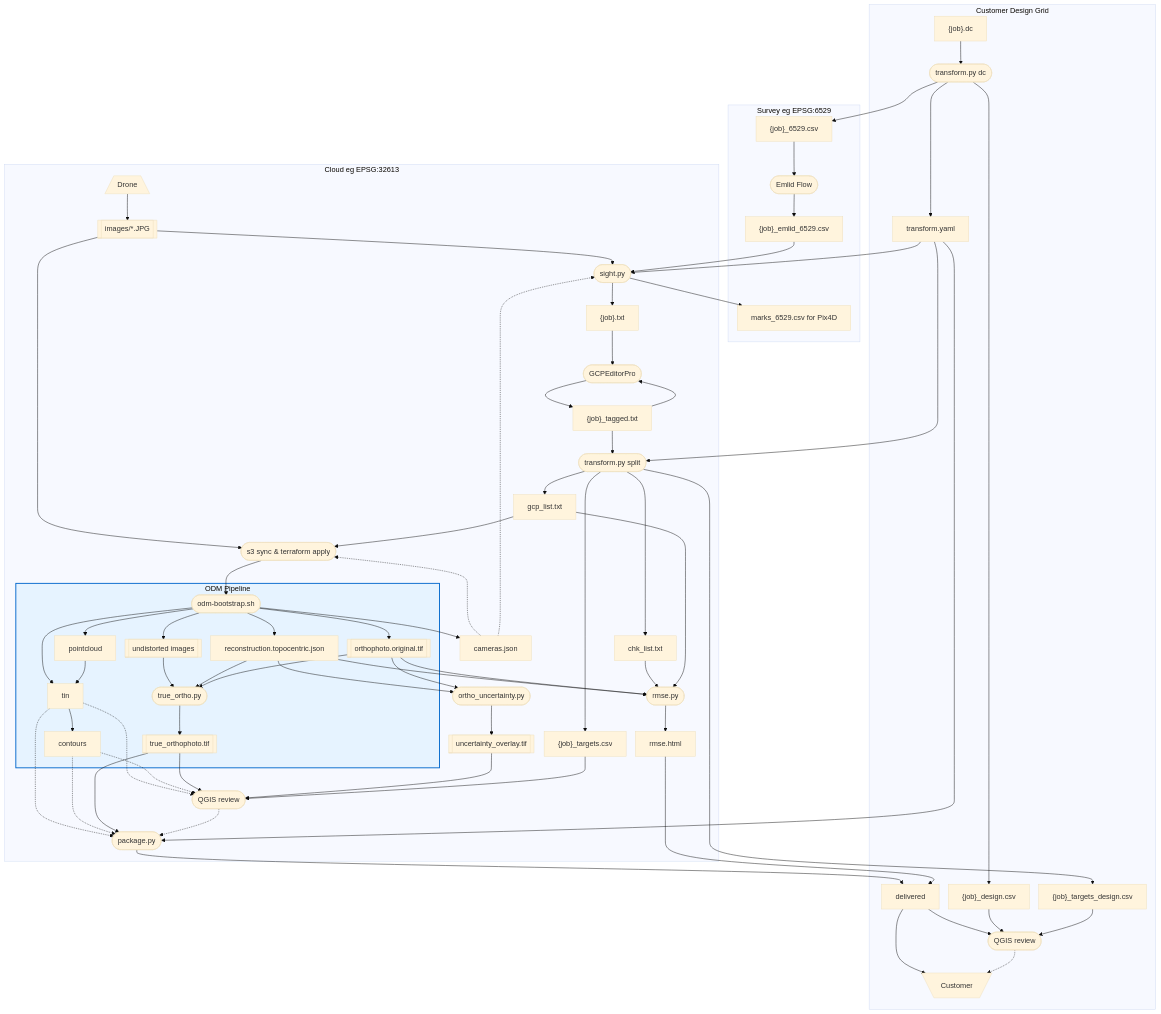
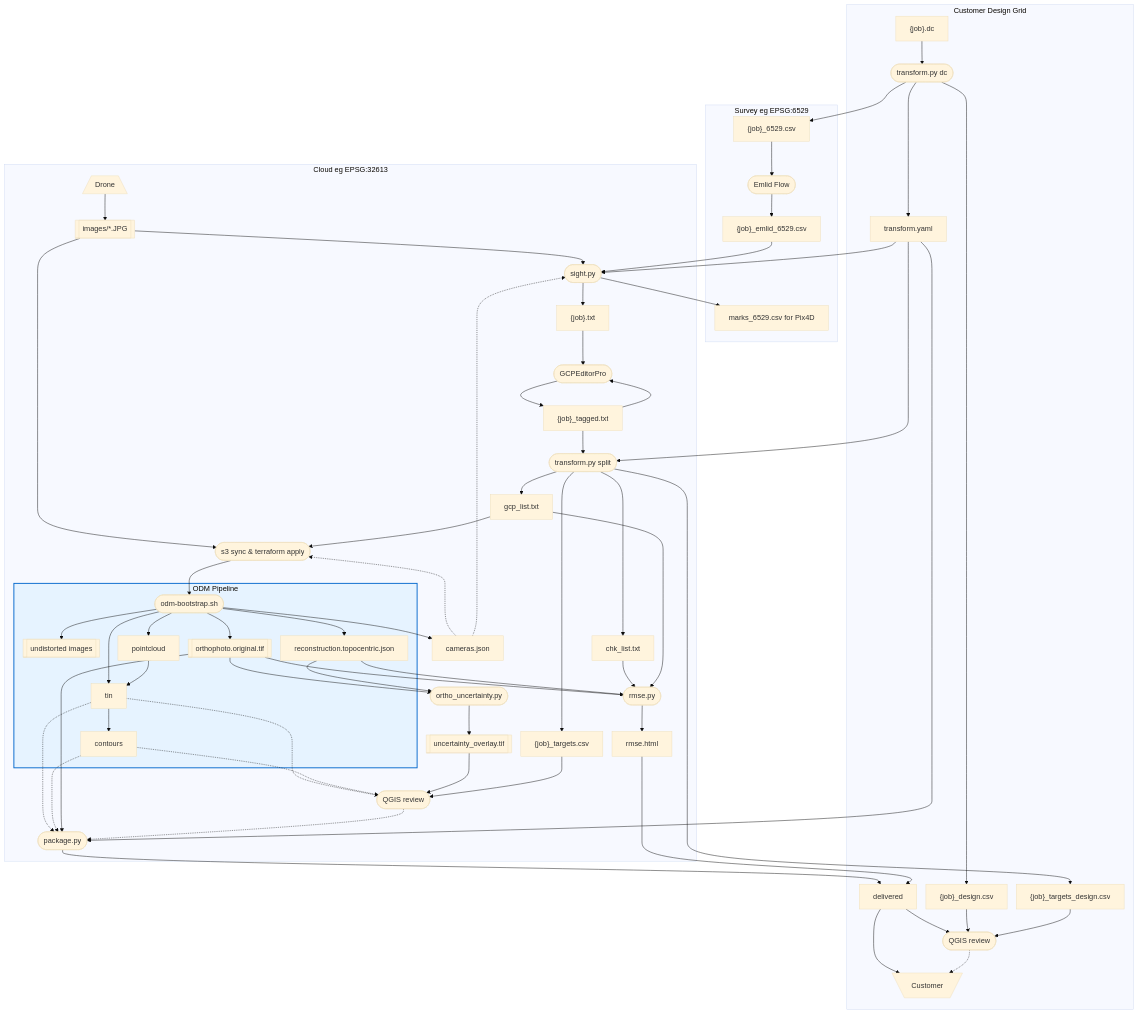
One commit to jrstear/geo changed the diagram in docs/odm-workflow.md. Above: the diagram before and after it, drawn with Mermaid.

Commit message:
prune true orthophoto elements from workflow

```diff
--- a/docs/odm-workflow.md
+++ b/docs/odm-workflow.md
@@ -30,7 +30,6 @@
     launch_odm(["s3 sync & terraform apply"])
     odm(["odm-bootstrap.sh"])
     rmse(["rmse.py"])
-    true_ortho(["true_ortho.py"])
     uncertainty(["ortho_uncertainty.py"])
     drone[/"Drone"\]
     images[["images/*.JPG"]]
@@ -39,7 +38,6 @@
     tin
     contours
     orthophoto[["orthophoto.original.tif"]]
-    true_ortho_tif[["true_orthophoto.tif"]]
     uncertainty_tif[["uncertainty_overlay.tif"]]
     packager(["package.py"])
     report["rmse.html"]
@@ -86,8 +84,6 @@
             contours
             model
 	    undistorted
-            true_ortho
-            true_ortho_tif
 	end
 	style ODM fill:#e6f3ff,stroke:#0066cc,stroke-width:2px
         cameras
@@ -108,7 +104,6 @@
     points_6529 --> emlid
     drone --> images
     images --> sight
-    undistorted --> true_ortho
     emlid --> all --> sight
     sight --> pretag
     sight --> marks
@@ -131,23 +126,19 @@
     odm --> pointcloud
     odm --> tin
     odm --> cameras
-    model --> uncertainty
-    model --> rmse
-    model --> true_ortho
     rmse --> report
     tin -.-> qgis_cloud
     tin -.-> packager
     contours -.-> qgis_cloud
     contours -.-> packager
-    true_ortho_tif --> qgis_cloud
     orthophoto --> rmse
     chk_list --> rmse
     gcp_list --> rmse
-    true_ortho_tif --> packager
+    orthophoto --> packager
     qgis_cloud -.-> packager
     orthophoto --> uncertainty
-    orthophoto --> true_ortho
-    true_ortho --> true_ortho_tif
+    model --> uncertainty
+    model --> rmse
     uncertainty --> uncertainty_tif
     pointcloud --> tin --> contours
     uncertainty_tif --> qgis_cloud
```
